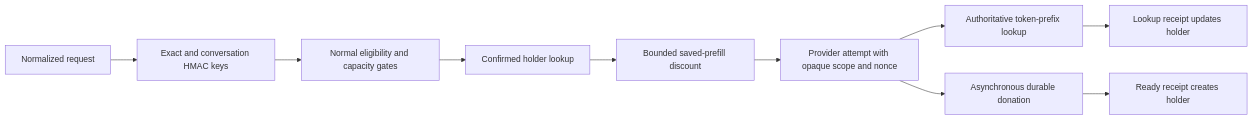
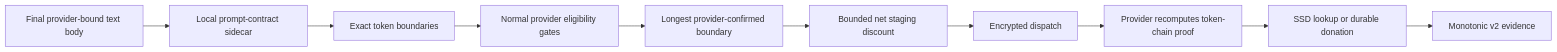
The diagram in docs/architecture/cache-aware-routing.md (CertifiedCryp/d-inference), drawn with Mermaid before and after one commit. The commit also changed other lines of this file and 213 other files, not shown here.

First line of the commit message:
feat(routing): add exact provider cache routing (#549)

````diff
--- a/docs/architecture/cache-aware-routing.md
+++ b/docs/architecture/cache-aware-routing.md
@@ -20,12 +18,12 @@
 ```mermaid
 flowchart LR
-  A[Normalized request] --> B[Exact and conversation HMAC keys]
-  B --> C[Normal eligibility and capacity gates]
-  C --> D[Confirmed holder lookup]
-  D --> E[Bounded saved-prefill discount]
-  E --> F[Provider attempt with opaque scope and nonce]
-  F --> G[Authoritative token-prefix lookup]
-  G --> H[Lookup receipt updates holder]
-  F --> I[Asynchronous durable donation]
-  I --> J[Ready receipt creates holder]
+  A[Final provider-bound text body] --> B[Local prompt-contract sidecar]
+  B --> C[Exact token boundaries]
+  C --> D[Normal provider eligibility gates]
+  D --> E[Longest provider-confirmed boundary]
+  E --> F[Bounded net staging discount]
+  F --> G[Encrypted dispatch]
+  G --> H[Provider recomputes token-chain proof]
+  H --> I[SSD lookup or durable donation]
+  I --> J[Monotonic v2 evidence]
 ```
````
